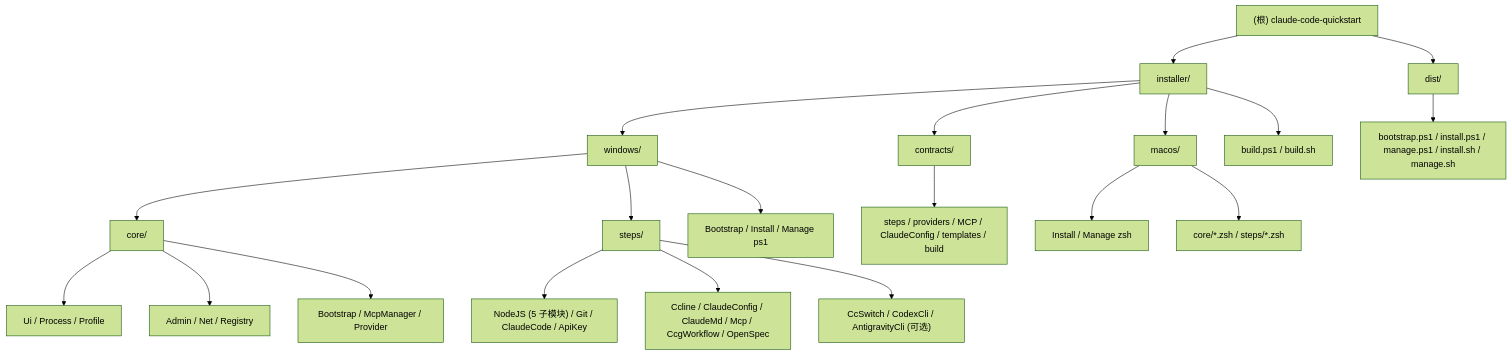
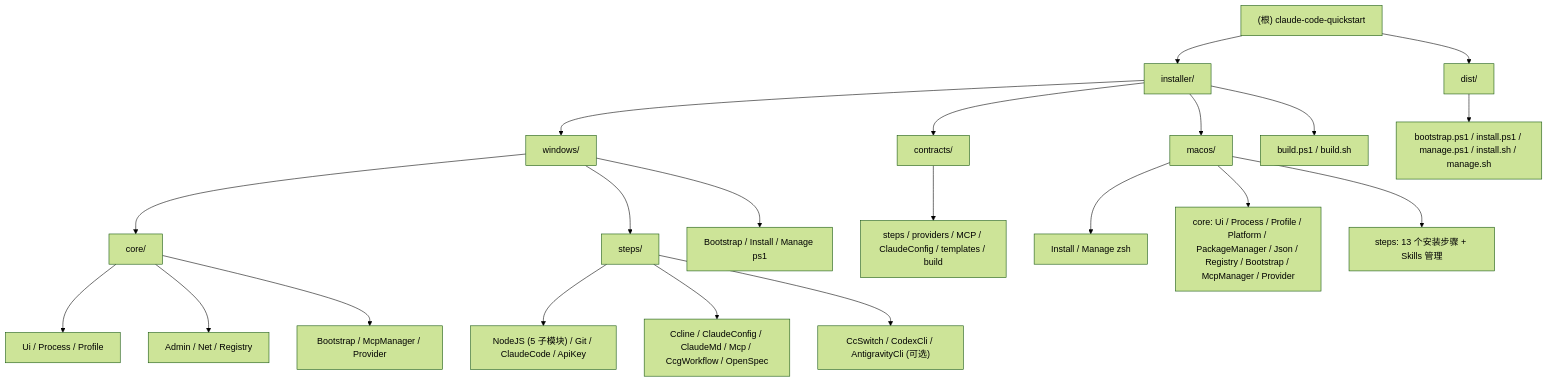
One commit to hkxiaoyao/claude-code-quickstart changed the diagram in CLAUDE.md. Above: the diagram before and after it, drawn with Mermaid (forest theme). The commit also changed other lines of this file and 8 other files, not shown here.

First line of the commit message:
feat(macos): 对齐 Skills 高级功能与 Git 推荐配置

````diff
--- a/CLAUDE.md
+++ b/CLAUDE.md
@@ -32,24 +32,26 @@
 ```mermaid
 graph TD
     A["(根) claude-code-quickstart"] --> B["installer/"]
     A --> H["dist/"]
     B --> W["windows/"]
     B --> F["contracts/"]
     B --> G["macos/"]
     B --> E["build.ps1 / build.sh"]
     W --> C["core/"]
     W --> D["steps/"]
     W --> W1["Bootstrap / Install / Manage ps1"]
     C --> C1["Ui / Process / Profile"]
     C --> C2["Admin / Net / Registry"]
     C --> C3["Bootstrap / McpManager / Provider"]
     D --> D1["NodeJS (5 子模块) / Git / ClaudeCode / ApiKey"]
     D --> D2["Ccline / ClaudeConfig / ClaudeMd / Mcp / CcgWorkflow / OpenSpec"]
     D --> D3["CcSwitch / CodexCli / AntigravityCli (可选)"]
     F --> F1["steps / providers / MCP / ClaudeConfig / templates / build"]
     G --> G1["Install / Manage zsh"]
-    G --> G2["core/*.zsh / steps/*.zsh"]
+    G --> G2["core: Ui / Process / Profile / Platform / PackageManager / Json / Registry / Bootstrap / McpManager / Provider"]
+    G --> G3["steps: 13 个安装步骤 + Skills 管理"]
     H --> H1["bootstrap.ps1 / install.ps1 / manage.ps1 / install.sh / manage.sh"]
     click C "./installer/windows/core/CLAUDE.md"
     click D "./installer/windows/steps/CLAUDE.md"
+    click G "./installer/macos/README.md"
 ```
````
